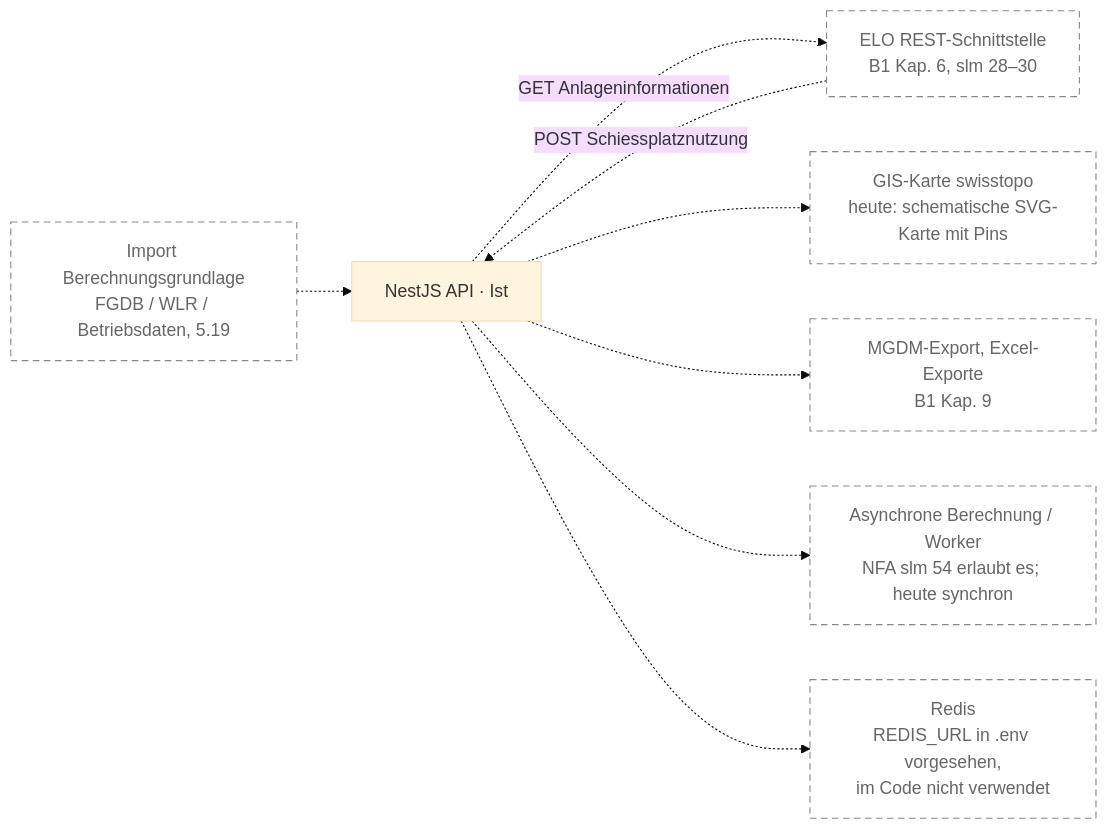
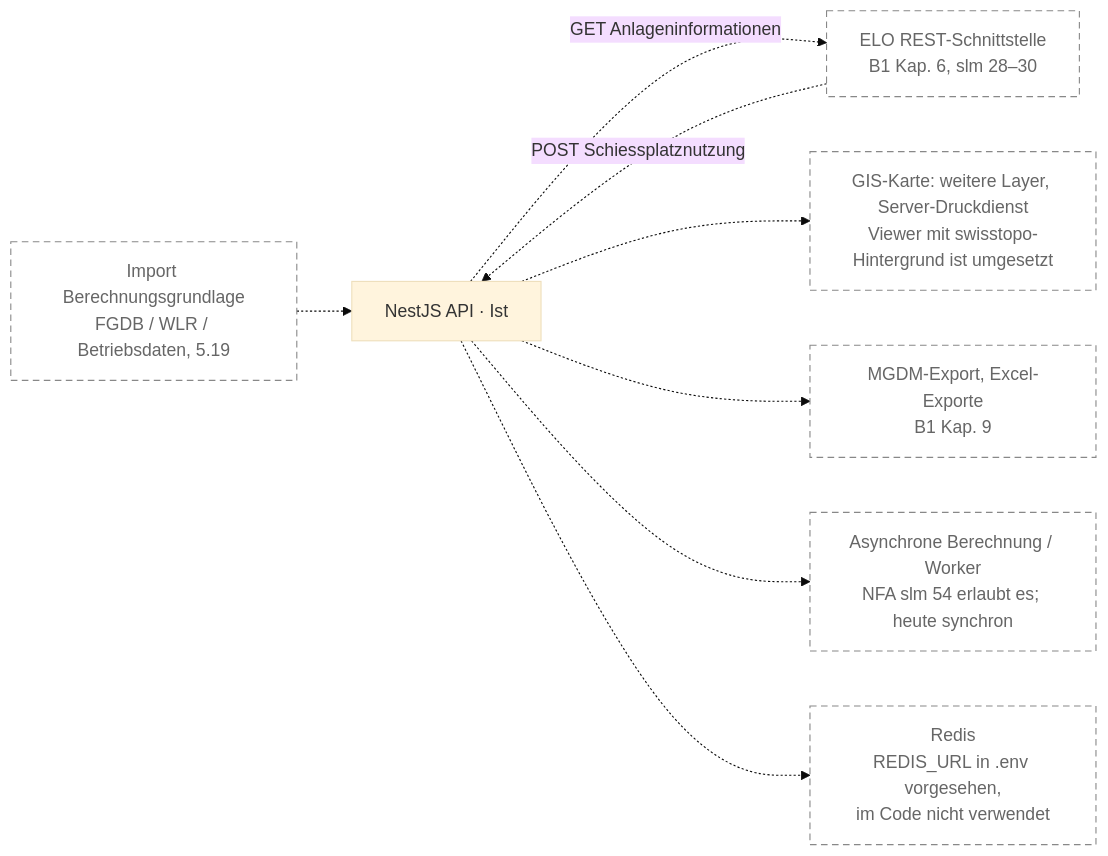
One commit to WeslleyDeSouza/slim-shooting-range-noise-management changed the fourth of 4 diagrams in docs/architecture/gesamtarchitektur.md. Above: the diagram before and after it, drawn with Mermaid (base theme). The commit also changed other lines of this file and 42 other files, not shown here.

````diff
--- a/docs/architecture/gesamtarchitektur.md
+++ b/docs/architecture/gesamtarchitektur.md
@@ -171,20 +171,20 @@
 ```mermaid
 flowchart LR
   API["NestJS API · Ist"]
   ELO["ELO REST-Schnittstelle<br/>B1 Kap. 6, slm 28–30"]:::planned
-  GIS["GIS-Karte swisstopo<br/>heute: schematische SVG-Karte mit Pins"]:::planned
+  GIS["GIS-Karte: weitere Layer, Server-Druckdienst<br/>Viewer mit swisstopo-Hintergrund ist umgesetzt"]:::planned
   IMP["Import Berechnungsgrundlage<br/>FGDB / WLR / Betriebsdaten, 5.19"]:::planned
   EXP["MGDM-Export, Excel-Exporte<br/>B1 Kap. 9"]:::planned
   WRK["Asynchrone Berechnung / Worker<br/>NFA slm 54 erlaubt es; heute synchron"]:::planned
   REDIS["Redis<br/>REDIS_URL in .env vorgesehen,<br/>im Code nicht verwendet"]:::planned
 
   ELO -. "POST Schiessplatznutzung" .-> API
   API -. "GET Anlageninformationen" .-> ELO
   API -.-> GIS
   IMP -.-> API
   API -.-> EXP
   API -.-> WRK
   API -.-> REDIS
 
   classDef planned fill:none,stroke:#888,stroke-dasharray:6 4,color:#666;
 ```
````
